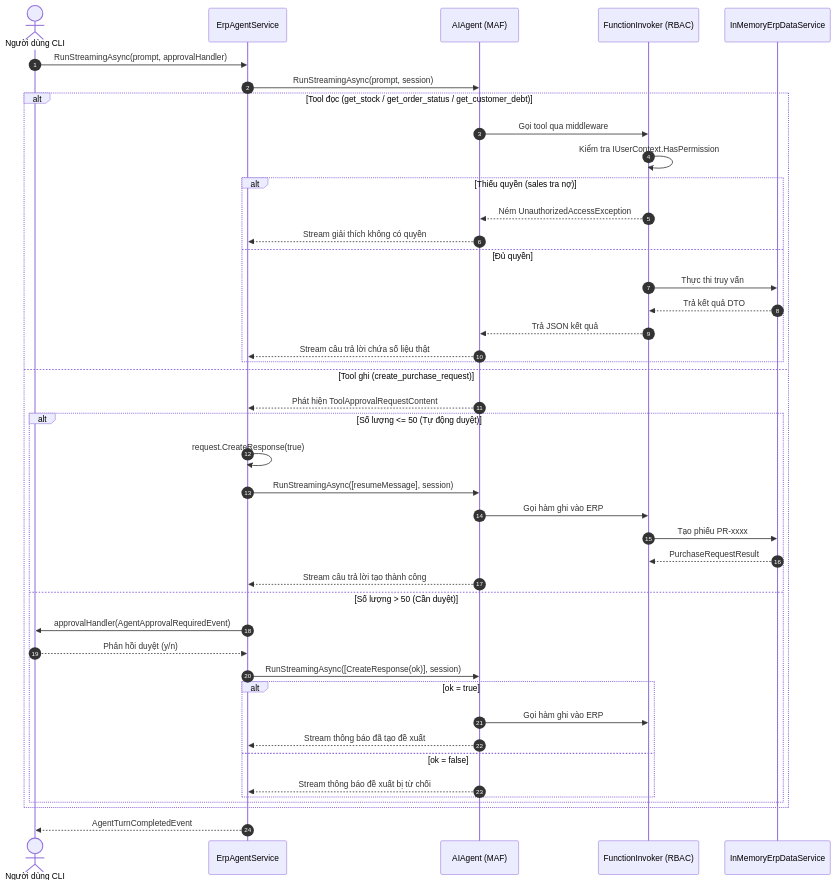
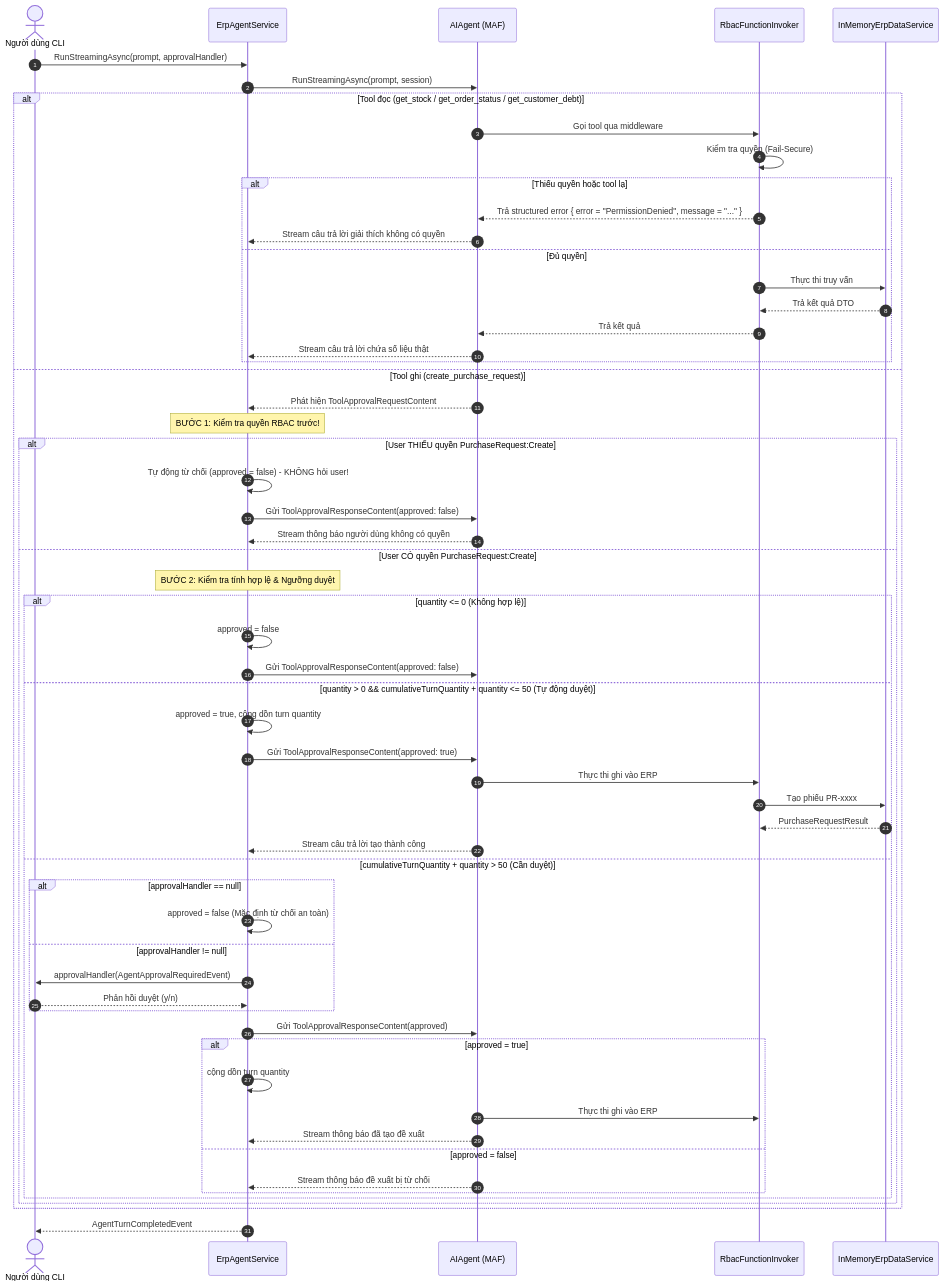
The second of 2 diagrams in docs/superpowers/specs/2026-10-28-day-02-function-calling-design.md (NguyenThanhHungDev140503/MAF-Chatbot), drawn with Mermaid before and after one commit. The commit also changed other lines of this file and 15 other files, not shown here.

Commit message:
fix(review): address all reviewer findings on RBAC order, security fail-secure, session isolation, and clean architecture

````diff
--- a/docs/superpowers/specs/2026-10-28-day-02-function-calling-design.md
+++ b/docs/superpowers/specs/2026-10-28-day-02-function-calling-design.md
@@ -211,47 +217,63 @@
 ```mermaid
 sequenceDiagram
     autonumber
     actor User as Người dùng CLI
     participant Service as ErpAgentService
     participant Agent as AIAgent (MAF)
-    participant Invoker as FunctionInvoker (RBAC)
+    participant Invoker as RbacFunctionInvoker
     participant Erp as InMemoryErpDataService
 
     User->>Service: RunStreamingAsync(prompt, approvalHandler)
     Service->>Agent: RunStreamingAsync(prompt, session)
     
     alt Tool đọc (get_stock / get_order_status / get_customer_debt)
         Agent->>Invoker: Gọi tool qua middleware
-        Invoker->>Invoker: Kiểm tra IUserContext.HasPermission
-        alt Thiếu quyền (sales tra nợ)
-            Invoker-->>Agent: Ném UnauthorizedAccessException
-            Agent-->>Service: Stream giải thích không có quyền
+        Invoker->>Invoker: Kiểm tra quyền (Fail-Secure)
+        alt Thiếu quyền hoặc tool lạ
+            Invoker-->>Agent: Trả structured error { error = "PermissionDenied", message = "..." }
+            Agent-->>Service: Stream câu trả lời giải thích không có quyền
         else Đủ quyền
             Invoker->>Erp: Thực thi truy vấn
             Erp-->>Invoker: Trả kết quả DTO
-            Invoker-->>Agent: Trả JSON kết quả
+            Invoker-->>Agent: Trả kết quả
             Agent-->>Service: Stream câu trả lời chứa số liệu thật
         end
     else Tool ghi (create_purchase_request)
         Agent-->>Service: Phát hiện ToolApprovalRequestContent
-        alt Số lượng <= 50 (Tự động duyệt)
-            Service->>Service: request.CreateResponse(true)
-            Service->>Agent: RunStreamingAsync([resumeMessage], session)
-            Agent->>Invoker: Gọi hàm ghi vào ERP
-            Invoker->>Erp: Tạo phiếu PR-xxxx
-            Erp-->>Invoker: PurchaseRequestResult
-            Agent-->>Service: Stream câu trả lời tạo thành công
-        else Số lượng > 50 (Cần duyệt)
-            Service->>User: approvalHandler(AgentApprovalRequiredEvent)
-            User-->>Service: Phản hồi duyệt (y/n)
-            Service->>Agent: RunStreamingAsync([CreateResponse(ok)], session)
-            alt ok = true
-                Agent->>Invoker: Gọi hàm ghi vào ERP
-                Agent-->>Service: Stream thông báo đã tạo đề xuất
-            else ok = false
-                Agent-->>Service: Stream thông báo đề xuất bị từ chối
+        Note over Service: BƯỚC 1: Kiểm tra quyền RBAC trước!
+        alt User THIẾU quyền PurchaseRequest:Create
+            Service->>Service: Tự động từ chối (approved = false) - KHÔNG hỏi user!
+            Service->>Agent: Gửi ToolApprovalResponseContent(approved: false)
+            Agent-->>Service: Stream thông báo người dùng không có quyền
+        else User CÓ quyền PurchaseRequest:Create
+            Note over Service: BƯỚC 2: Kiểm tra tính hợp lệ & Ngưỡng duyệt
+            alt quantity <= 0 (Không hợp lệ)
+                Service->>Service: approved = false
+                Service->>Agent: Gửi ToolApprovalResponseContent(approved: false)
+            else quantity > 0 && cumulativeTurnQuantity + quantity <= 50 (Tự động duyệt)
+                Service->>Service: approved = true, cộng dồn turn quantity
+                Service->>Agent: Gửi ToolApprovalResponseContent(approved: true)
+                Agent->>Invoker: Thực thi ghi vào ERP
+                Invoker->>Erp: Tạo phiếu PR-xxxx
+                Erp-->>Invoker: PurchaseRequestResult
+                Agent-->>Service: Stream câu trả lời tạo thành công
+            else cumulativeTurnQuantity + quantity > 50 (Cần duyệt)
+                alt approvalHandler == null
+                    Service->>Service: approved = false (Mặc định từ chối an toàn)
+                else approvalHandler != null
+                    Service->>User: approvalHandler(AgentApprovalRequiredEvent)
+                    User-->>Service: Phản hồi duyệt (y/n)
+                end
+                Service->>Agent: Gửi ToolApprovalResponseContent(approved)
+                alt approved = true
+                    Service->>Service: cộng dồn turn quantity
+                    Agent->>Invoker: Thực thi ghi vào ERP
+                    Agent-->>Service: Stream thông báo đã tạo đề xuất
+                else approved = false
+                    Agent-->>Service: Stream thông báo đề xuất bị từ chối
+                end
             end
         end
     end
     Service-->>User: AgentTurnCompletedEvent
 ```
````
